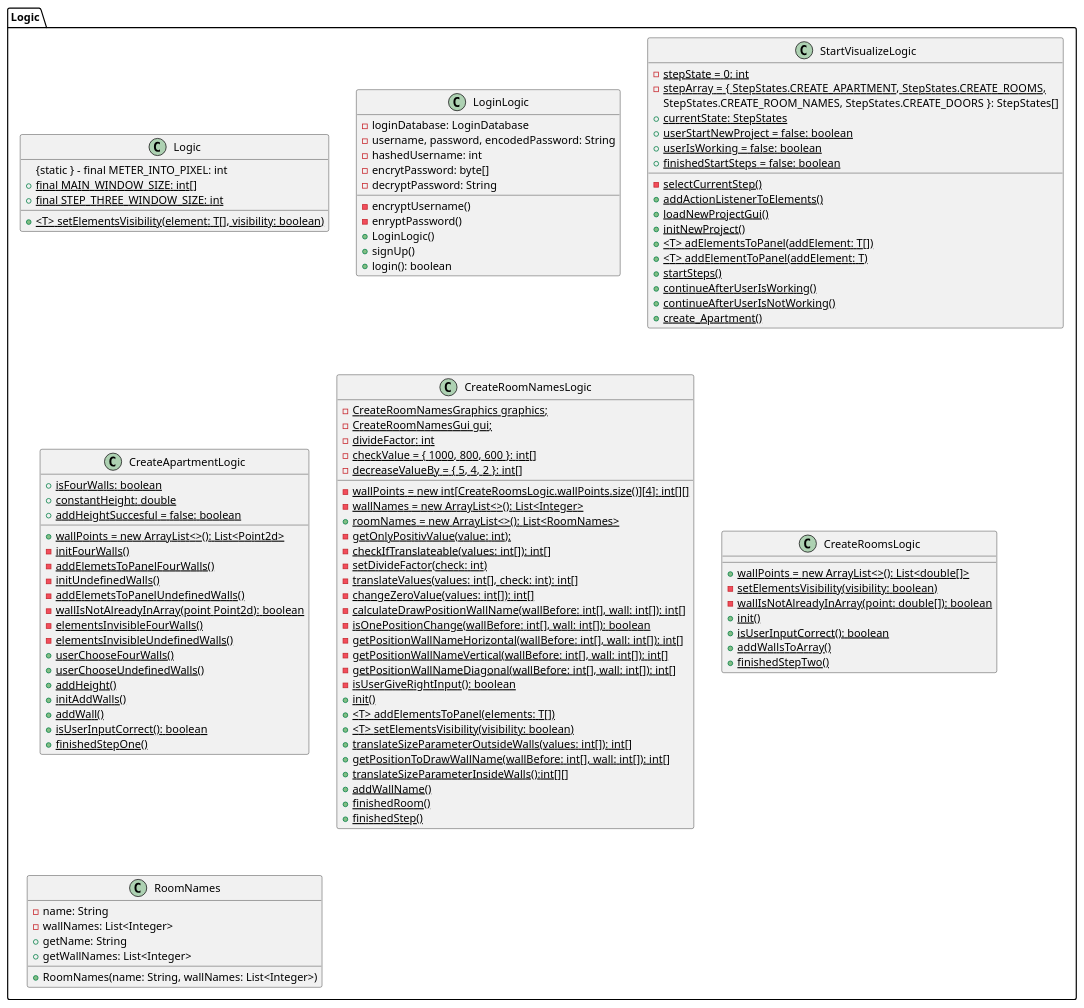
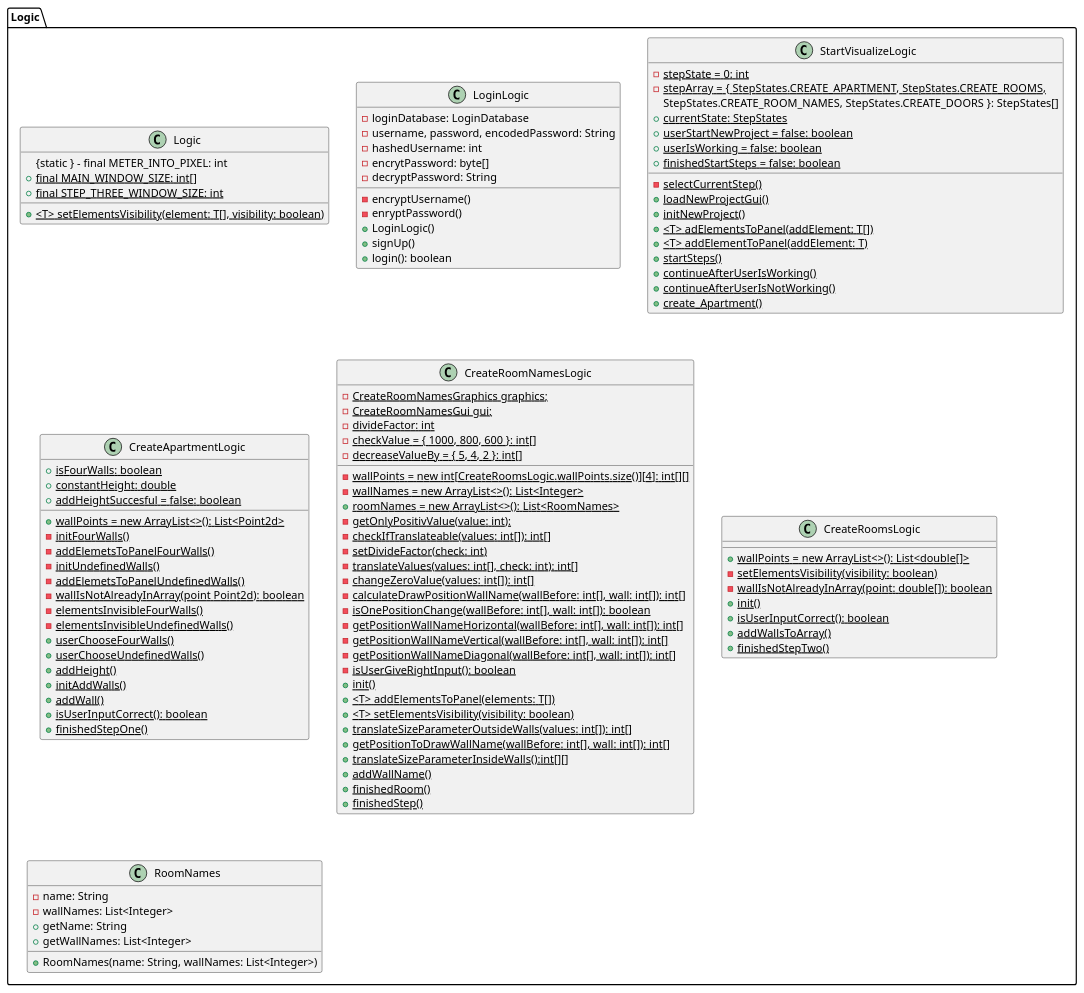
The diagram in doc/Diagrams/class diagrams/Logic.class diagram.md (Raboro/Home-Visualizer), drawn with PlantUML before and after one commit. The commit also changed 8 other files, not shown here.

Commit message:
rename interface & change actionL in diagram

```diff
--- a/doc/Diagrams/class diagrams/Logic.class diagram.md
+++ b/doc/Diagrams/class diagrams/Logic.class diagram.md
@@ -31,7 +31,6 @@
         {static} + userIsWorking = false: boolean
         {static} + finishedStartSteps = false: boolean
         {static} - selectCurrentStep()
-        {static} + addActionListenerToElements() 
         {static} + loadNewProjectGui()
         {static} + initNewProject()
         {static} + <T> adElementsToPanel(addElement: T[])
```
